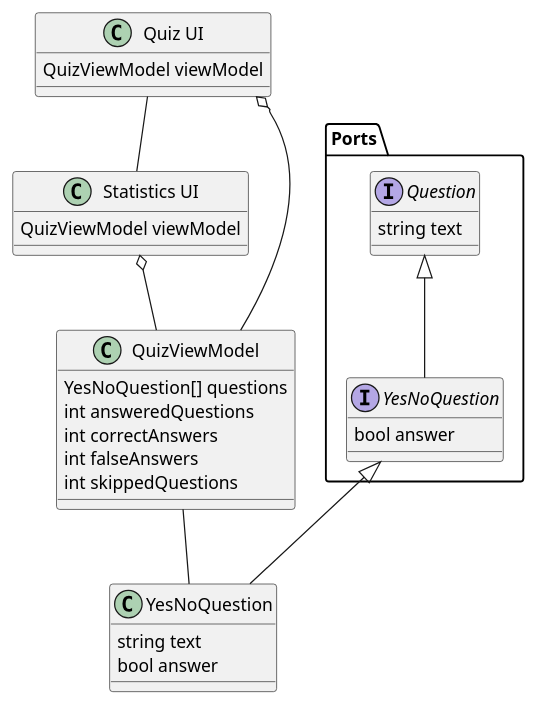
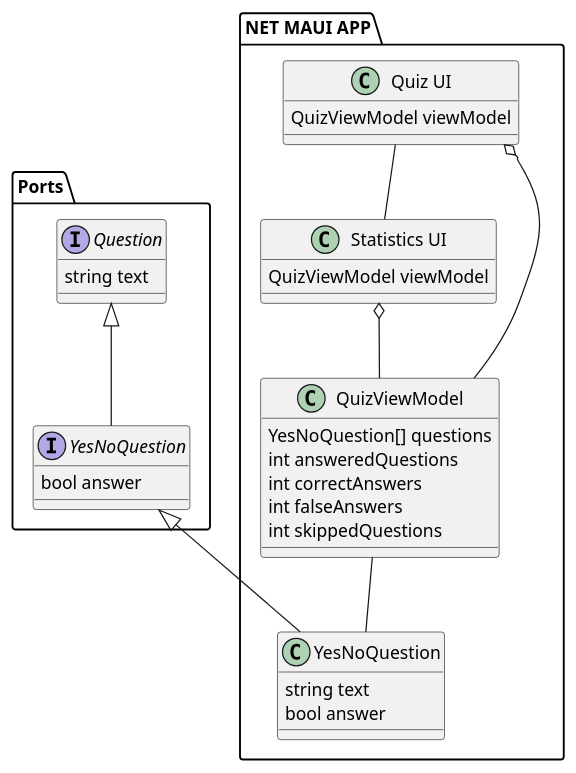
The diagram in BausteineQuiz.pu (RobinNunkesser/plantuml), drawn with PlantUML before and after one commit. The commit also changed 2 other files, not shown here.

```diff
--- a/BausteineQuiz.pu
+++ b/BausteineQuiz.pu
@@ -1,53 +1,53 @@
 @startuml
 
 package Ports {
 /'	class Choices << enumeration >> {
 		Boolean
 		Multiple
 	}
 
 	class Difficulty << enumeration >> {
 		Easy
 		Medium
 		Hard
 	}'/
 
 	interface Question {
 '		string category
 		string text
 	}
 
 	interface YesNoQuestion {
 		bool answer
 	}
 
 }
 
-together {
+package ".NET MAUI APP" {
 class "Quiz UI" as QuizView {
 	QuizViewModel viewModel
 }
 class "Statistics UI" as StatisticsView {
 	QuizViewModel viewModel
 }
 class QuizViewModel {
 	YesNoQuestion[] questions
 	int answeredQuestions
 	int correctAnswers
 	int falseAnswers
 	int skippedQuestions
 }
 
 class "YesNoQuestion" as ConcreteYesNoQuestion {
 	string text
 	bool answer
 }
 
 QuizView o-- QuizViewModel
 QuizViewModel -- ConcreteYesNoQuestion
 QuizView -- StatisticsView
 StatisticsView o-- QuizViewModel
 Question <|-- YesNoQuestion
 YesNoQuestion <|-- ConcreteYesNoQuestion
 
 @enduml
```
